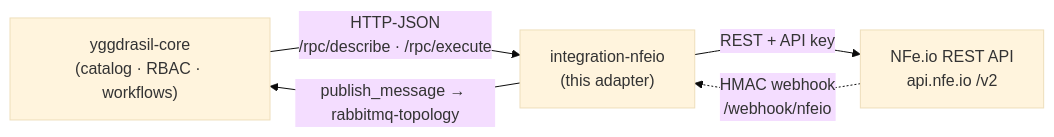
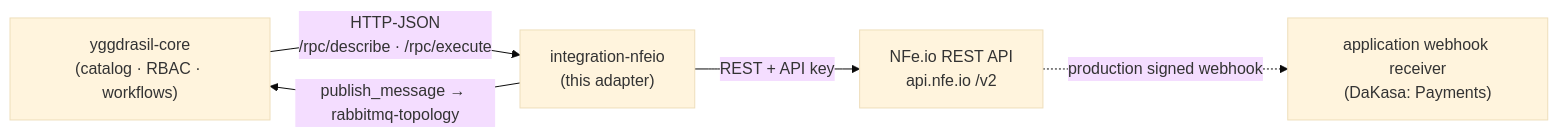
One commit to dakasa-yggdrasil/integration-nfeio changed the first of 3 diagrams in README.md. Above: the diagram before and after it, drawn with Mermaid (base theme). The commit also changed other lines of this file and 19 other files, not shown here.

````diff
--- a/README.md
+++ b/README.md
@@ -37,11 +36,12 @@
 ```mermaid
 flowchart LR
   core["yggdrasil-core<br/>(catalog · RBAC · workflows)"]
   adapter["integration-nfeio<br/>(this adapter)"]
   nfeio["NFe.io REST API<br/>api.nfe.io /v2"]
+  payments["application webhook receiver<br/>(DaKasa: Payments)"]
 
   core -- "HTTP-JSON<br/>/rpc/describe · /rpc/execute" --> adapter
   adapter -- "REST + API key" --> nfeio
-  nfeio -. "HMAC webhook<br/>/webhook/nfeio" .-> adapter
+  nfeio -. "production signed webhook" .-> payments
   adapter -- "publish_message → rabbitmq-topology" --> core
 ```
````
